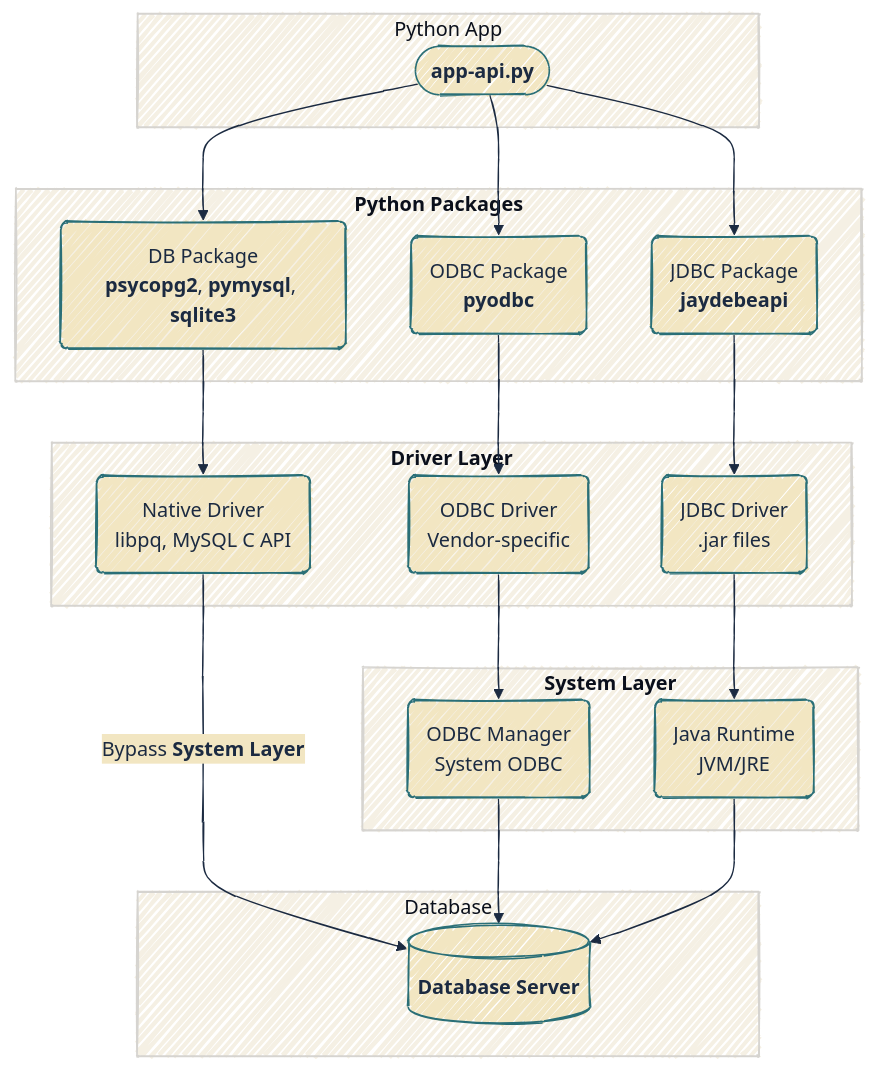
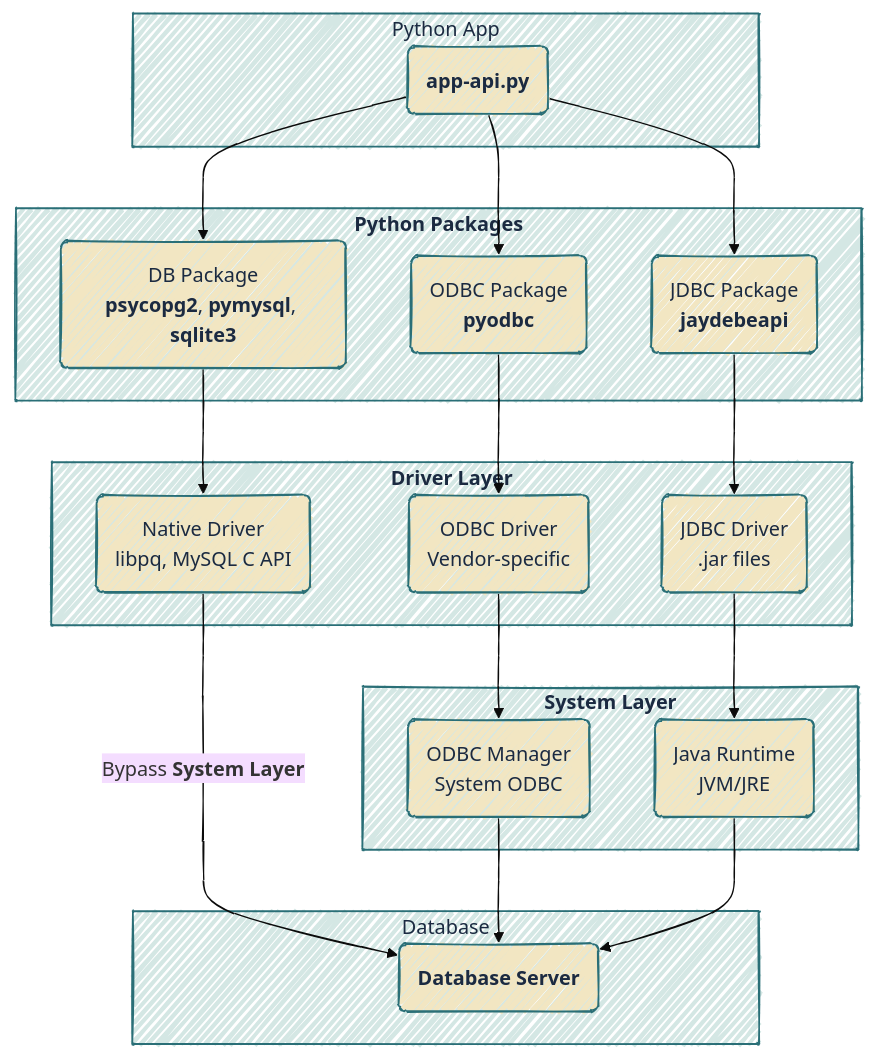
Before and after one commit to mjfrigaard/do4ds-labs: the first of 6 diagrams in lab03.qmd, drawn with Mermaid. The commit also changed other lines of this file and 37 other files, not shown here.

Commit message:
updates to mermaid

````diff
--- a/lab03.qmd
+++ b/lab03.qmd
@@ -65,58 +55,64 @@
 ```{mermaid}
 %%| fig-cap: 'Python DB Connections'
 %%| fig-align: center
-%%{init: {'theme': 'base', 'look': 'handDrawn', 'themeVariables': { 'fontFamily': 'monospace', 'primaryColor': '#F2E6C2', 'primaryBorderColor': '#2A6F77', 'primaryTextColor': '#1B2A41', 'secondaryColor': '#d4e7e4', 'tertiaryColor': '#f5f0e4', 'lineColor': '#1B2A41', 'edgeLabelBackground': '#F2E6C2'}}}%%
+%%{init: {'theme': 'base', 'look': 'handDrawn', 'themeVariables': {'fontFamily': 'monospace'}}}%%
 
 graph TB
     subgraph PyApp["Python App"]
-        PyCode(["<strong>app-api.py</strong>"])
+        PyCode("<strong>app-api.py</strong>")
     end
 
     
     subgraph PyPkg["<strong>Python Packages</strong>"]
-        DBPkg("DB Package<br/><strong>psycopg2</strong>, <strong>pymysql</strong>, <strong>sqlite3</strong>")
-        ODBCPkg("ODBC Package<br/><strong>pyodbc</strong>")
-        JDBCPkg("JDBC Package<br/><strong>jaydebeapi</strong>")
+        DBPkg("DB Package<br><strong>psycopg2</strong>, <strong>pymysql</strong>, <strong>sqlite3</strong>")
+        ODBCPkg("ODBC Package<br><strong>pyodbc</strong>")
+        JDBCPkg("JDBC Package<br><strong>jaydebeapi</strong>")
     end
     
     %%% Tints of #35605a
 
     subgraph Driver["<strong>Driver Layer</strong>"]
-        NatDrv("Native Driver<br/>libpq, MySQL C API")
-        ODBCDrv("ODBC Driver<br/>Vendor-specific")
-        JDBCDrv("JDBC Driver<br/>.jar files")
+        NatDrv("Native Driver<br>libpq, MySQL C API")
+        ODBCDrv("ODBC Driver<br>Vendor-specific")
+        JDBCDrv("JDBC Driver<br>.jar files")
     end
 
     %% Tints of #6b818c
     
     subgraph System["<strong>System Layer</strong>"]
-        ODBCSys("ODBC Manager<br/>System ODBC")
-        JAVASys("Java Runtime<br/>JVM/JRE")
+        ODBCSys("ODBC Manager<br>System ODBC")
+        JAVASys("Java Runtime<br>JVM/JRE")
     end
 
     %% Tints of #00120b
     
     subgraph DB["Database"]
-        DBServ[("<strong>Database Server</strong>")]
+        DBServ("<strong>Database Server</strong>")
     end
 
     
     %% Direct pathway (bypasses system layer)
     PyCode --> DBPkg
     DBPkg --> NatDrv
     NatDrv --"`Bypass <strong>System Layer</strong>`"--> DBServ
     
     %% ODBC pathway
     PyCode --> ODBCPkg
     ODBCPkg --> ODBCDrv
     ODBCDrv --> ODBCSys
     ODBCSys --> DBServ
     
     %% JDBC pathway
     PyCode --> JDBCPkg
     JDBCPkg --> JDBCDrv
     JDBCDrv --> JAVASys
     JAVASys --> DBServ
+    classDef default fill:#F2E6C2,stroke:#2A6F77,color:#1B2A41
+    style PyApp fill:#d4e7e4,stroke:#2A6F77,color:#1B2A41
+    style PyPkg fill:#d4e7e4,stroke:#2A6F77,color:#1B2A41
+    style Driver fill:#d4e7e4,stroke:#2A6F77,color:#1B2A41
+    style System fill:#d4e7e4,stroke:#2A6F77,color:#1B2A41
+    style DB fill:#d4e7e4,stroke:#2A6F77,color:#1B2A41
     
 
 ```
````
